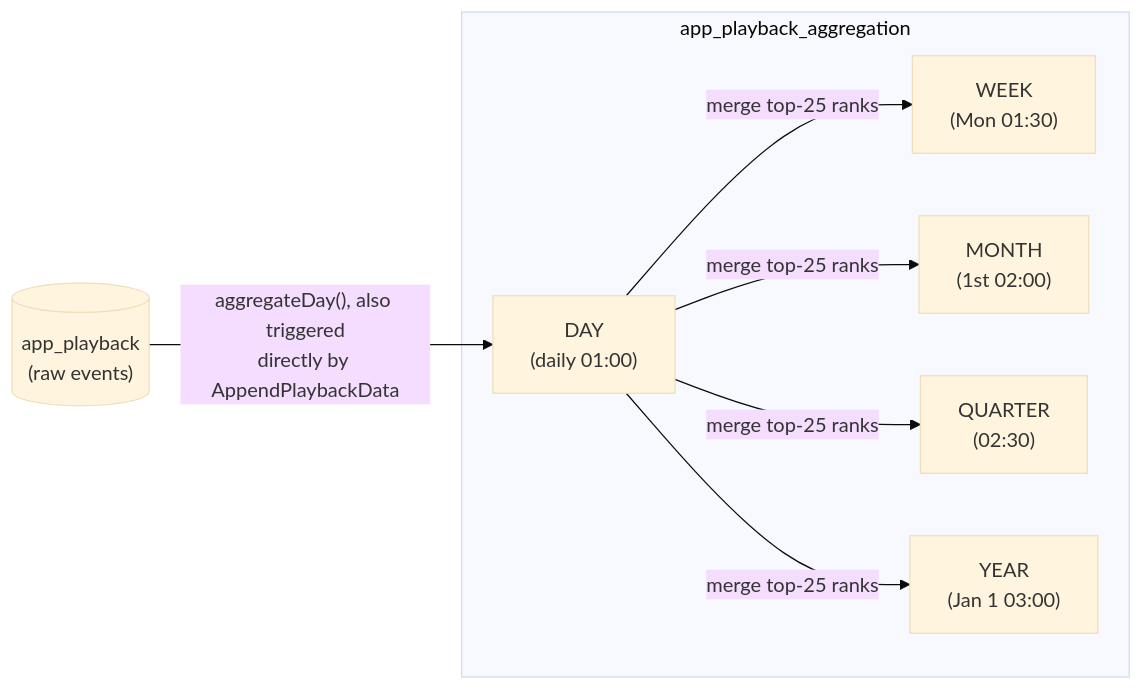
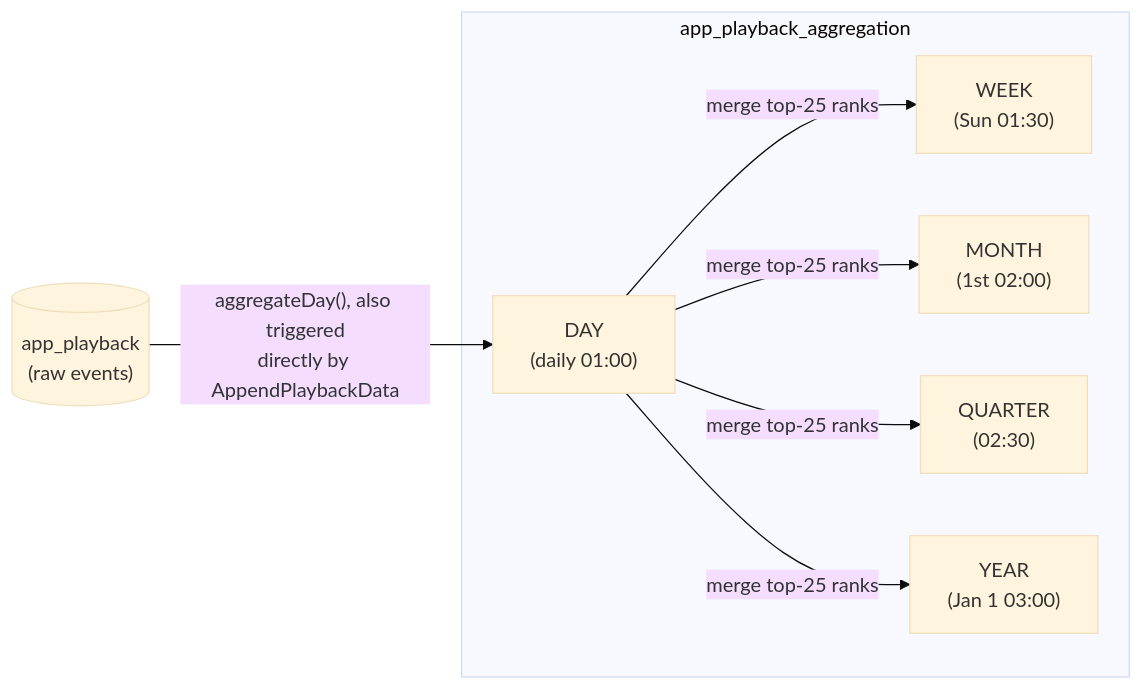
Before and after one commit to christiangroth/spotify-control: the seventh of 8 diagrams in docs/arc42/arc42.md, drawn with Mermaid (base theme). The commit also changed other lines of this file and 5 other files, not shown here.

````diff
--- a/docs/arc42/arc42.md
+++ b/docs/arc42/arc42.md
@@ -402,18 +402,18 @@
 ```mermaid
 flowchart LR
     Raw[("app_playback<br/>(raw events)")]
 
     subgraph Agg["app_playback_aggregation"]
         Day["DAY<br/>(daily 01:00)"]
-        Week["WEEK<br/>(Mon 01:30)"]
+        Week["WEEK<br/>(Sun 01:30)"]
         Month["MONTH<br/>(1st 02:00)"]
         Quarter["QUARTER<br/>(02:30)"]
         Year["YEAR<br/>(Jan 1 03:00)"]
     end
 
     Raw -->|"aggregateDay(), also triggered<br/>directly by AppendPlaybackData"| Day
     Day -->|merge top-25 ranks| Week
     Day -->|merge top-25 ranks| Month
     Day -->|merge top-25 ranks| Quarter
     Day -->|merge top-25 ranks| Year
 ```
````
